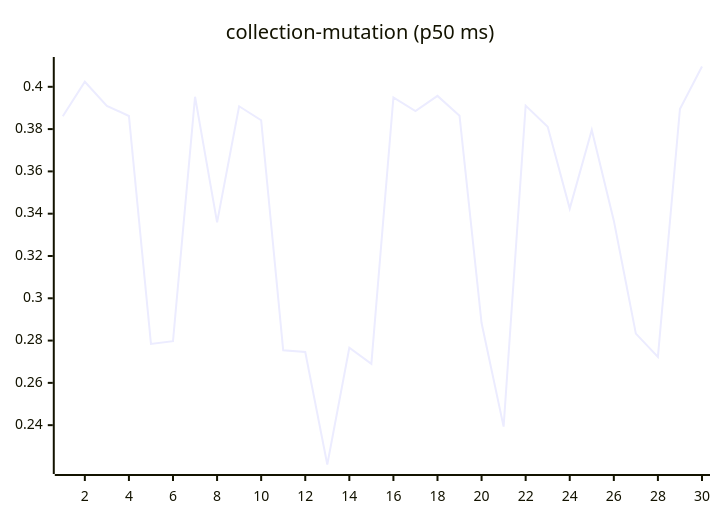
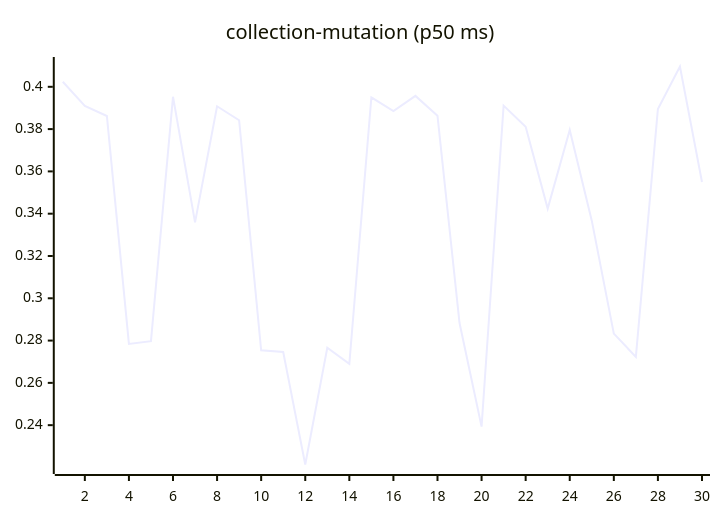
One commit to josha/Facet changed the sixth of 27 diagrams in README.md. Above: the diagram before and after it, drawn with Mermaid. The commit also changed other lines of this file and 2 other files, not shown here.

````diff
--- a/README.md
+++ b/README.md
@@ -98,6 +98,6 @@
 ```mermaid
 xychart-beta
     title "collection-mutation (p50 ms)"
     x-axis 1 --> 30
-    line [0.3861, 0.4024, 0.3910, 0.3862, 0.2784, 0.2797, 0.3953, 0.3359, 0.3908, 0.3842, 0.2754, 0.2746, 0.2214, 0.2766, 0.2690, 0.3950, 0.3885, 0.3957, 0.3863, 0.2883, 0.2393, 0.3911, 0.3811, 0.3424, 0.3796, 0.3367, 0.2833, 0.2723, 0.3895, 0.4096]
+    line [0.4024, 0.3910, 0.3862, 0.2784, 0.2797, 0.3953, 0.3359, 0.3908, 0.3842, 0.2754, 0.2746, 0.2214, 0.2766, 0.2690, 0.3950, 0.3885, 0.3957, 0.3863, 0.2883, 0.2393, 0.3911, 0.3811, 0.3424, 0.3796, 0.3367, 0.2833, 0.2723, 0.3895, 0.4096, 0.3550]
 ```
````
